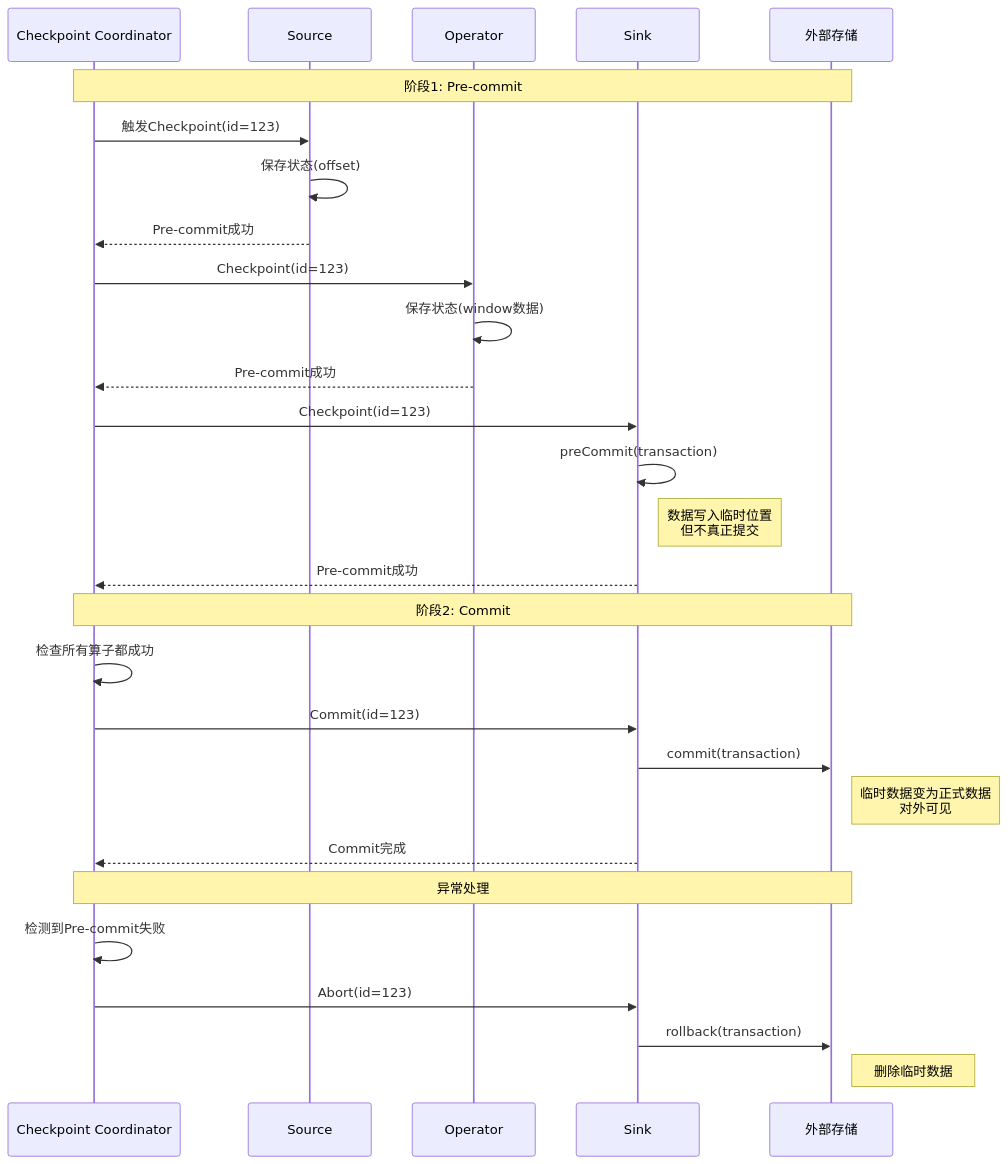
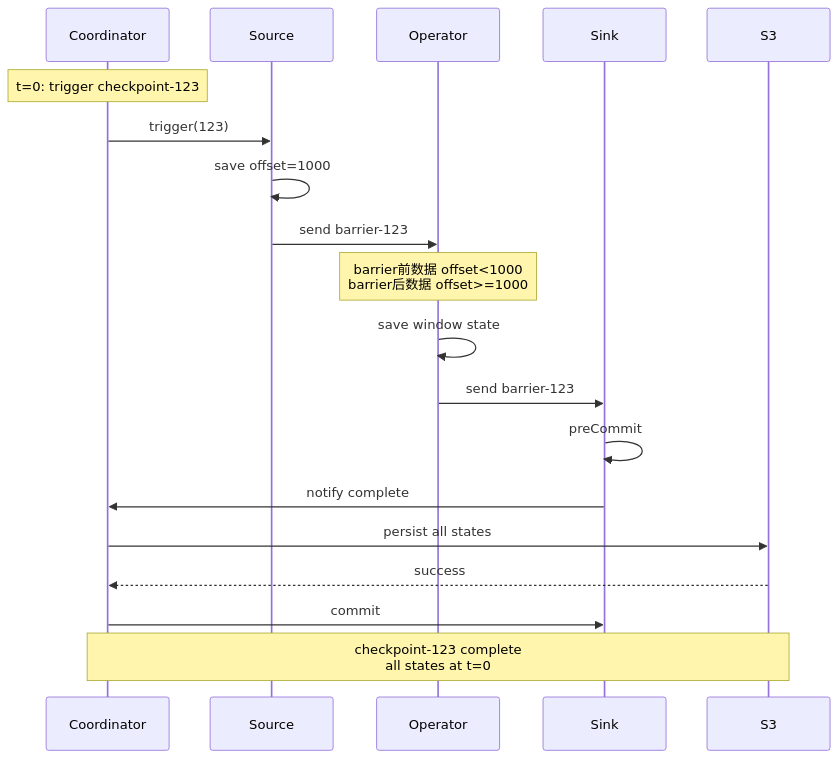
One commit to 312268112/advanced-java changed the fourth of 6 diagrams in pipeline-framework-design.md. Above: the diagram before and after it, drawn with Mermaid. The commit also changed other lines of this file, not shown here.

````diff
--- a/pipeline-framework-design.md
+++ b/pipeline-framework-design.md
@@ -451,38 +447,29 @@
 ```mermaid
 sequenceDiagram
-    participant Coordinator as Checkpoint Coordinator
-    participant Source as Source
-    participant Operator as Operator
-    participant Sink as Sink
-    participant Storage as 外部存储
+    participant Coordinator
+    participant Source
+    participant Operator
+    participant Sink
+    participant S3
     
-    Note over Coordinator,Storage: 阶段1: Pre-commit
+    Note over Coordinator: t=0: trigger checkpoint-123
     
-    Coordinator->>Source: 触发Checkpoint(id=123)
-    Source->>Source: 保存状态(offset)
-    Source-->>Coordinator: Pre-commit成功
+    Coordinator->>Source: trigger(123)
+    Source->>Source: save offset=1000
+    Source->>Operator: send barrier-123
     
-    Coordinator->>Operator: Checkpoint(id=123)
-    Operator->>Operator: 保存状态(window数据)
-    Operator-->>Coordinator: Pre-commit成功
+    Note over Operator: barrier前数据 offset<1000<br/>barrier后数据 offset>=1000
     
-    Coordinator->>Sink: Checkpoint(id=123)
-    Sink->>Sink: preCommit(transaction)
-    Note right of Sink: 数据写入临时位置<br/>但不真正提交
-    Sink-->>Coordinator: Pre-commit成功
+    Operator->>Operator: save window state
+    Operator->>Sink: send barrier-123
     
-    Note over Coordinator,Storage: 阶段2: Commit
+    Sink->>Sink: preCommit
+    Sink->>Coordinator: notify complete
     
-    Coordinator->>Coordinator: 检查所有算子都成功
-    Coordinator->>Sink: Commit(id=123)
-    Sink->>Storage: commit(transaction)
-    Note right of Storage: 临时数据变为正式数据<br/>对外可见
-    Sink-->>Coordinator: Commit完成
+    Coordinator->>S3: persist all states
+    S3-->>Coordinator: success
     
-    Note over Coordinator,Storage: 异常处理
+    Coordinator->>Sink: commit
     
-    Coordinator->>Coordinator: 检测到Pre-commit失败
-    Coordinator->>Sink: Abort(id=123)
-    Sink->>Storage: rollback(transaction)
-    Note right of Storage: 删除临时数据
+    Note over Coordinator,S3: checkpoint-123 complete<br/>all states at t=0
 ```
````
